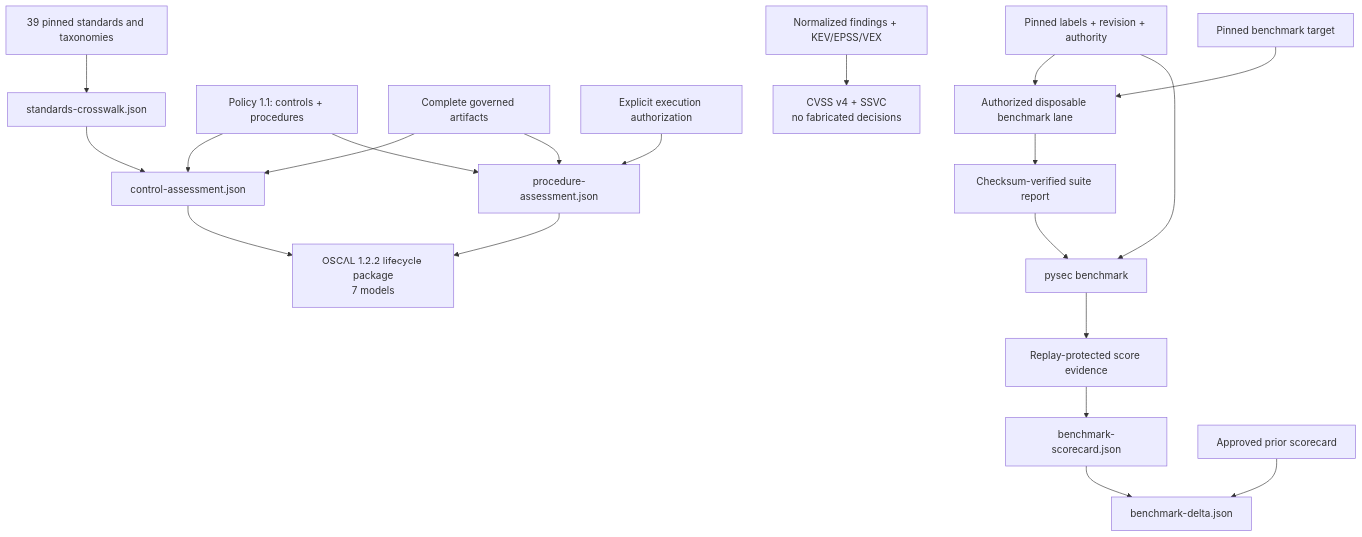
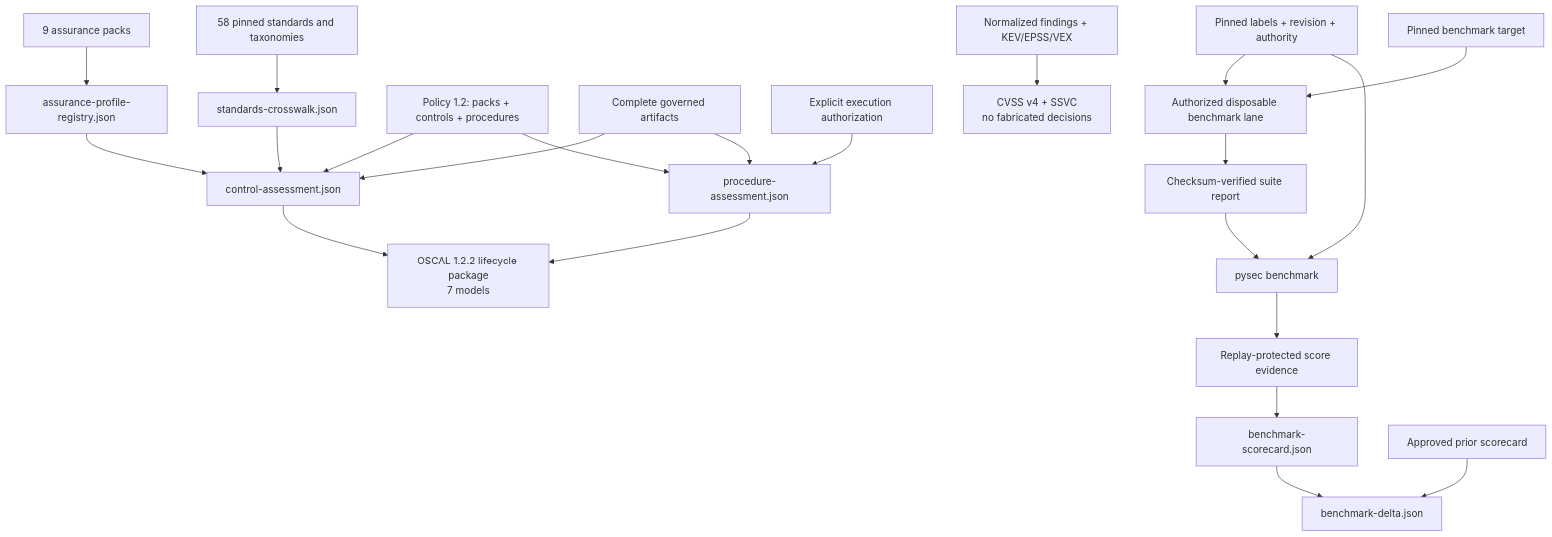
Before and after one commit to willtran87/project-py-security-suite: the diagram in docs/industry-standards-benchmarks.md, drawn with Mermaid. The commit also changed other lines of this file and 15 other files, not shown here.

````diff
--- a/docs/industry-standards-benchmarks.md
+++ b/docs/industry-standards-benchmarks.md
@@ -115,23 +149,25 @@
 ```mermaid
 flowchart TB
-    Catalog["39 pinned standards and taxonomies"] --> Crosswalk["standards-crosswalk.json"]
-    Policy["Policy 1.1: controls + procedures"] --> Control["control-assessment.json"]
+    Catalog["58 pinned standards and taxonomies"] --> Crosswalk["standards-crosswalk.json"]
+    Packs["9 assurance packs"] --> ProfileRegistry["assurance-profile-registry.json"]
+    Policy["Policy 1.2: packs + controls + procedures"] --> Control["control-assessment.json"]
+    ProfileRegistry --> Control
     Policy --> Procedure["procedure-assessment.json"]
     Evidence["Complete governed artifacts"] --> Control
     Evidence --> Procedure
     Authorization["Explicit execution authorization"] --> Procedure
     Crosswalk --> Control
     Control --> OSCAL["OSCAL 1.2.2 lifecycle package<br/>7 models"]
     Procedure --> OSCAL
 
     Findings["Normalized findings + KEV/EPSS/VEX"] --> Priority["CVSS v4 + SSVC<br/>no fabricated decisions"]
     Corpus["Pinned labels + revision + authority"] --> Lane["Authorized disposable benchmark lane"]
     Target["Pinned benchmark target"] --> Lane
     Lane --> Report["Checksum-verified suite report"]
     Report --> Evaluate["pysec benchmark"]
     Corpus --> Evaluate
     Evaluate --> Score["Replay-protected score evidence"]
     Score --> Scorecard["benchmark-scorecard.json"]
     Baseline["Approved prior scorecard"] --> Delta["benchmark-delta.json"]
     Scorecard --> Delta
 ```
````
